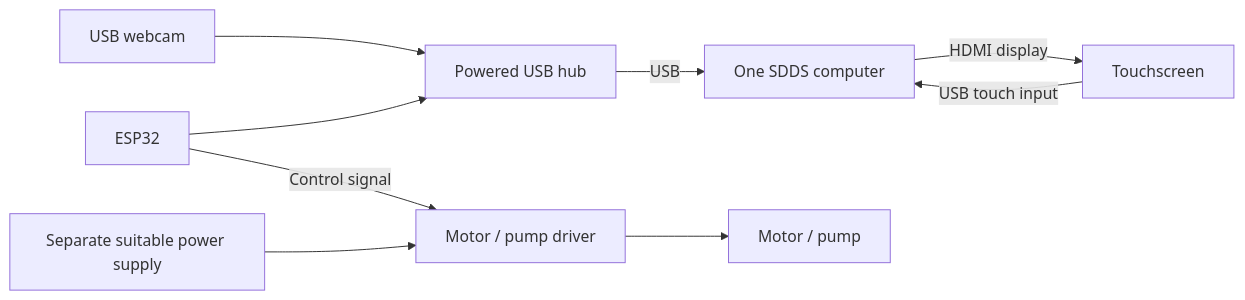
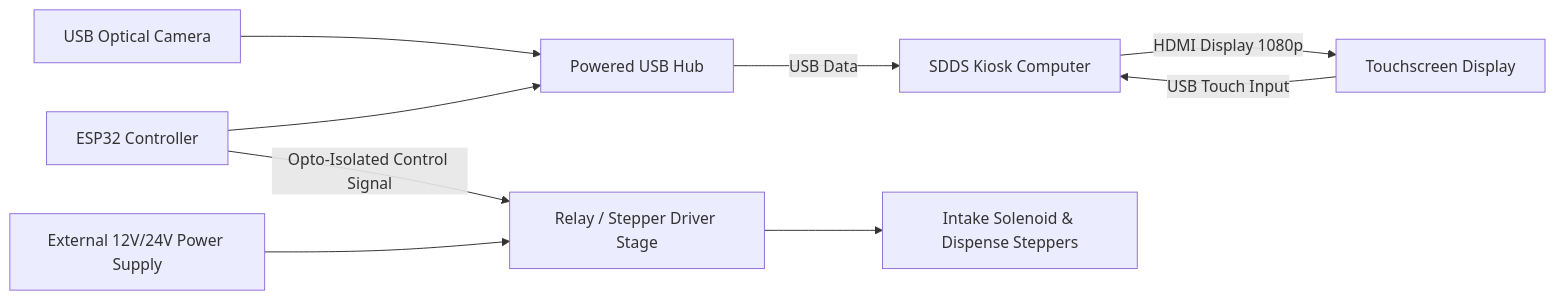
Before and after one commit to aswanayyappan/tech-farm-vending-machine: the second of 10 diagrams in SDDS_V5_Documents/SDDS_V5_Product_Requirements_Document.md, drawn with Mermaid. The commit also changed other lines of this file and 2 other files, not shown here.

Commit message:
docs: synchronize SDDS V5 PRD and Plan of Action with current web architecture

````diff
--- a/SDDS_V5_Documents/SDDS_V5_Product_Requirements_Document.md
+++ b/SDDS_V5_Documents/SDDS_V5_Product_Requirements_Document.md
@@ -685,11 +701,11 @@
 ```mermaid
 flowchart LR
-    WEBCAM[USB webcam] --> HUB[Powered USB hub]
-    ESP[ESP32] --> HUB
-    HUB -->|USB| PC[One SDDS computer]
-    PC -->|HDMI display| TS[Touchscreen]
-    TS -->|USB touch input| PC
-    POWER[Separate suitable power supply] --> DRIVER[Motor / pump driver]
-    ESP -->|Control signal| DRIVER
-    DRIVER --> LOAD[Motor / pump]
+    WEBCAM[USB Optical Camera] --> HUB[Powered USB Hub]
+    ESP[ESP32 Controller] --> HUB
+    HUB -->|USB Data| PC[SDDS Kiosk Computer]
+    PC -->|HDMI Display 1080p| TS[Touchscreen Display]
+    TS -->|USB Touch Input| PC
+    POWER[External 12V/24V Power Supply] --> DRIVER[Relay / Stepper Driver Stage]
+    ESP -->|Opto-Isolated Control Signal| DRIVER
+    DRIVER --> LOAD[Intake Solenoid & Dispense Steppers]
 ```
````
